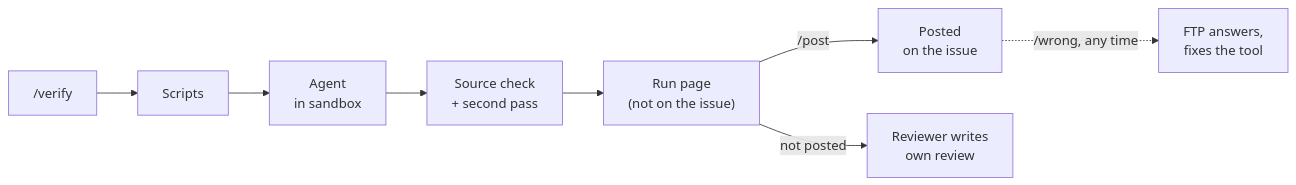
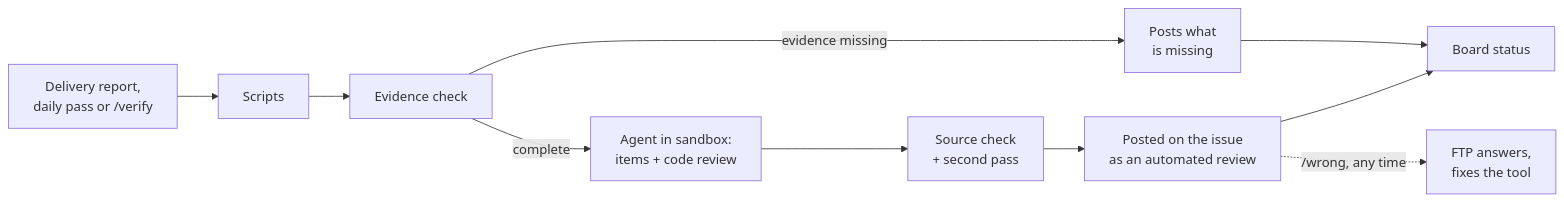
One commit to Denend/ftp-team changed the diagram in rfps/governance-identity-network-coordination/2026-10-FTP-dev-fund-reviewer.md. Above: the diagram before and after it, drawn with Mermaid. The commit also changed other lines of this file, not shown here.

First line of the commit message:
Revise AI review assistant proposal details

````diff
--- a/rfps/governance-identity-network-coordination/2026-10-FTP-dev-fund-reviewer.md
+++ b/rfps/governance-identity-network-coordination/2026-10-FTP-dev-fund-reviewer.md
@@ -40,10 +40,12 @@
 ```mermaid
 flowchart LR
-  R["/verify"] --> S["Scripts"]
-  S --> A["Agent<br/>in sandbox"]
+  T["Delivery report,<br/>daily pass or /verify"] --> S["Scripts"]
+  S --> E["Evidence check"]
+  E -->|"evidence missing"| M["Posts what<br/>is missing"]
+  E -->|"complete"| A["Agent in sandbox:<br/>items + code review"]
   A --> C["Source check<br/>+ second pass"]
-  C --> P["Run page<br/>(not on the issue)"]
-  P -->|"/post"| I["Posted<br/>on the issue"]
-  P -->|"not posted"| X["Reviewer writes<br/>own review"]
-  I -.->|"/wrong, any time"| F["FTP answers,<br/>fixes the tool"]
+  C --> P["Posted on the issue<br/>as an automated review"]
+  M --> B["Board status"]
+  P --> B
+  P -.->|"/wrong, any time"| F["FTP answers,<br/>fixes the tool"]
 ```
````
